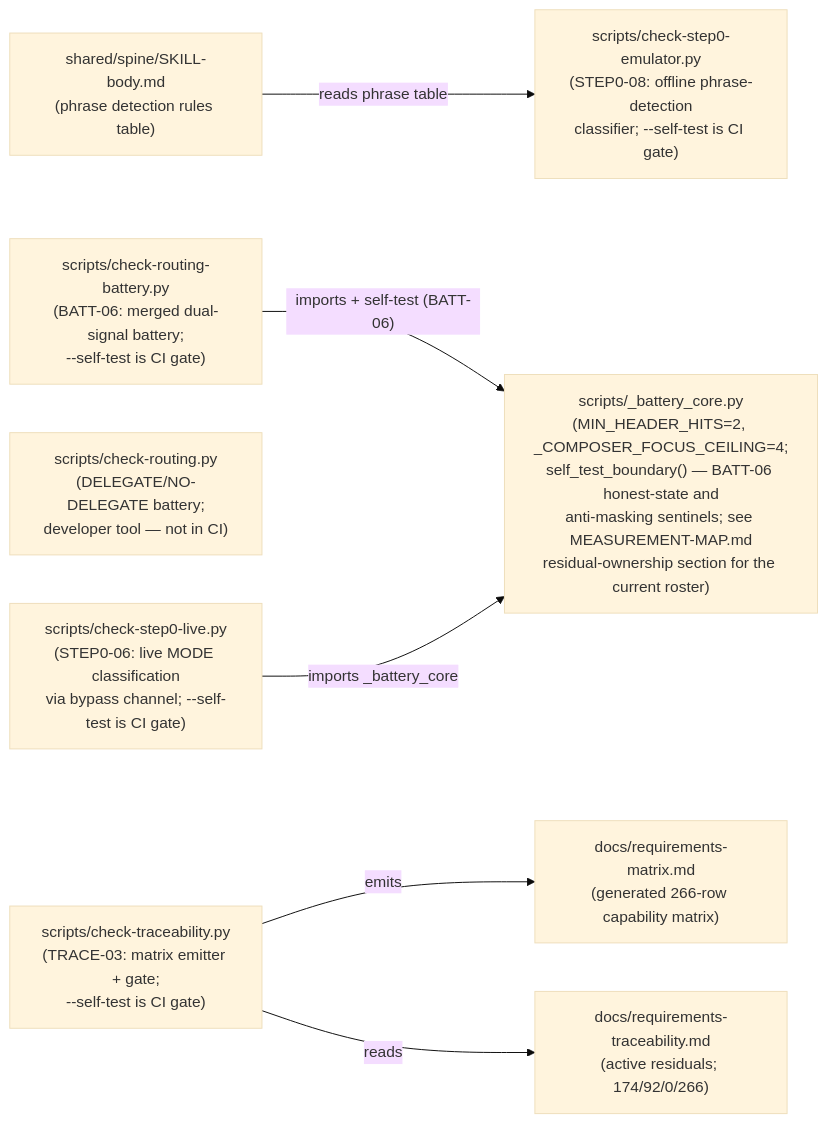
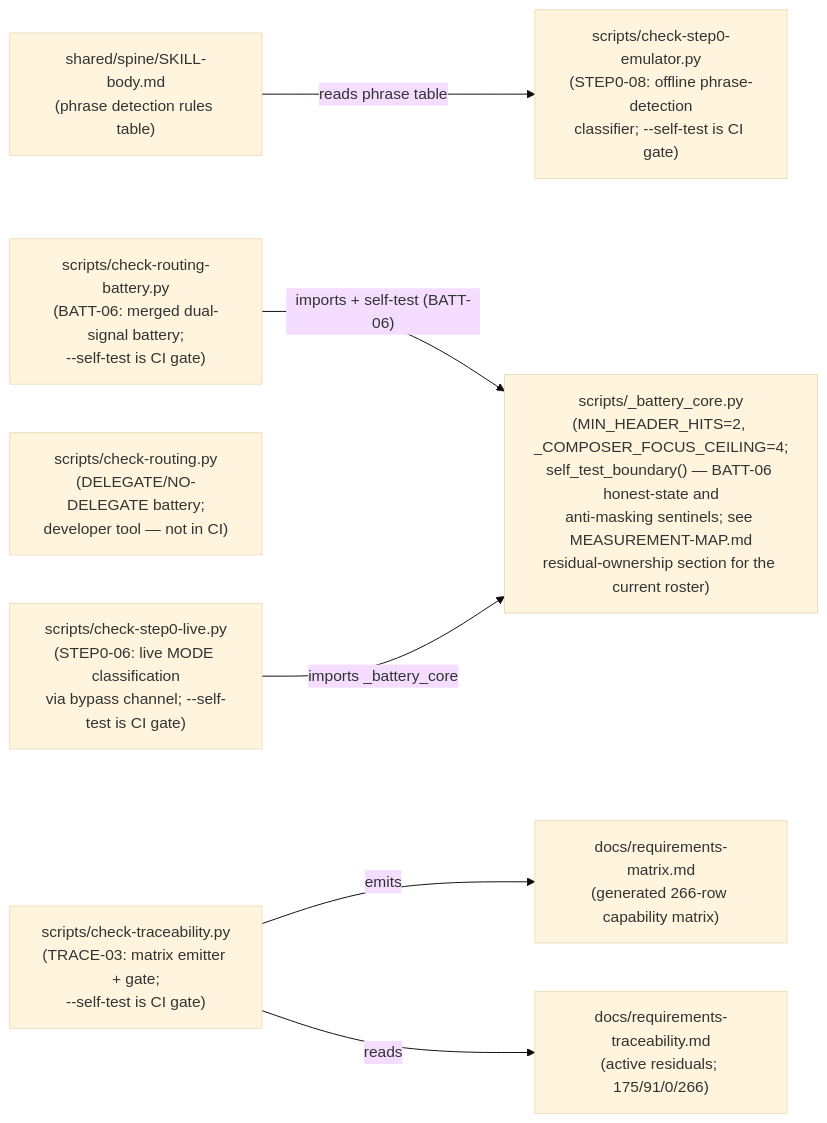
The second of 2 diagrams in docs/COMPONENT-DIAGRAM.md (chrisdavidson/first-principles-skill), drawn with Mermaid (base theme) before and after one commit. The commit also changed 4 other files, not shown here.

````diff
--- a/docs/COMPONENT-DIAGRAM.md
+++ b/docs/COMPONENT-DIAGRAM.md
@@ -83,24 +83,24 @@
 ```mermaid
 flowchart LR
     SKILLBODY["shared/spine/SKILL-body.md\n(phrase detection rules table)"]
 
     CORE["scripts/_battery_core.py\n(MIN_HEADER_HITS=2, _COMPOSER_FOCUS_CEILING=4;\nself_test_boundary() — BATT-06 honest-state and\nanti-masking sentinels; see MEASUREMENT-MAP.md\nresidual-ownership section for the current roster)"]
 
     BATT["scripts/check-routing-battery.py\n(BATT-06: merged dual-signal battery;\n--self-test is CI gate)"]
     ROUTING["scripts/check-routing.py\n(DELEGATE/NO-DELEGATE battery;\ndeveloper tool — not in CI)"]
 
     EMU["scripts/check-step0-emulator.py\n(STEP0-08: offline phrase-detection\nclassifier; --self-test is CI gate)"]
     LIVE["scripts/check-step0-live.py\n(STEP0-06: live MODE classification\nvia bypass channel; --self-test is CI gate)"]
 
     TRACE["scripts/check-traceability.py\n(TRACE-03: matrix emitter + gate;\n--self-test is CI gate)"]
     MATRIX["docs/requirements-matrix.md\n(generated 266-row capability matrix)"]
-    TRACEABILITY["docs/requirements-traceability.md\n(active residuals; 174/92/0/266)"]
+    TRACEABILITY["docs/requirements-traceability.md\n(active residuals; 175/91/0/266)"]
 
     SKILLBODY -->|"reads phrase table"| EMU
 
     BATT -->|"imports + self-test (BATT-06)"| CORE
     LIVE -->|"imports _battery_core"| CORE
 
     TRACE -->|"emits"| MATRIX
     TRACE -->|"reads"| TRACEABILITY
 ```
````
